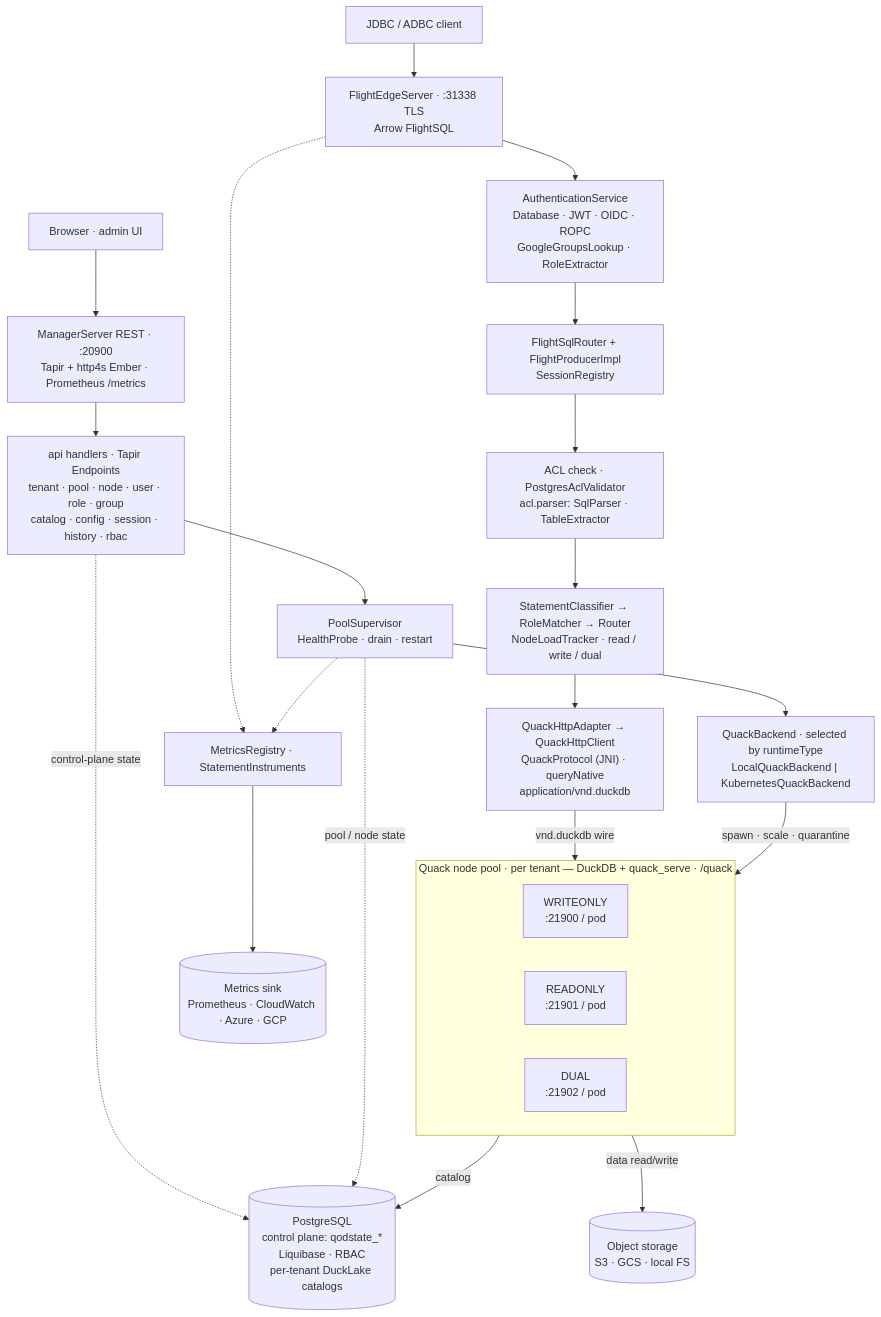
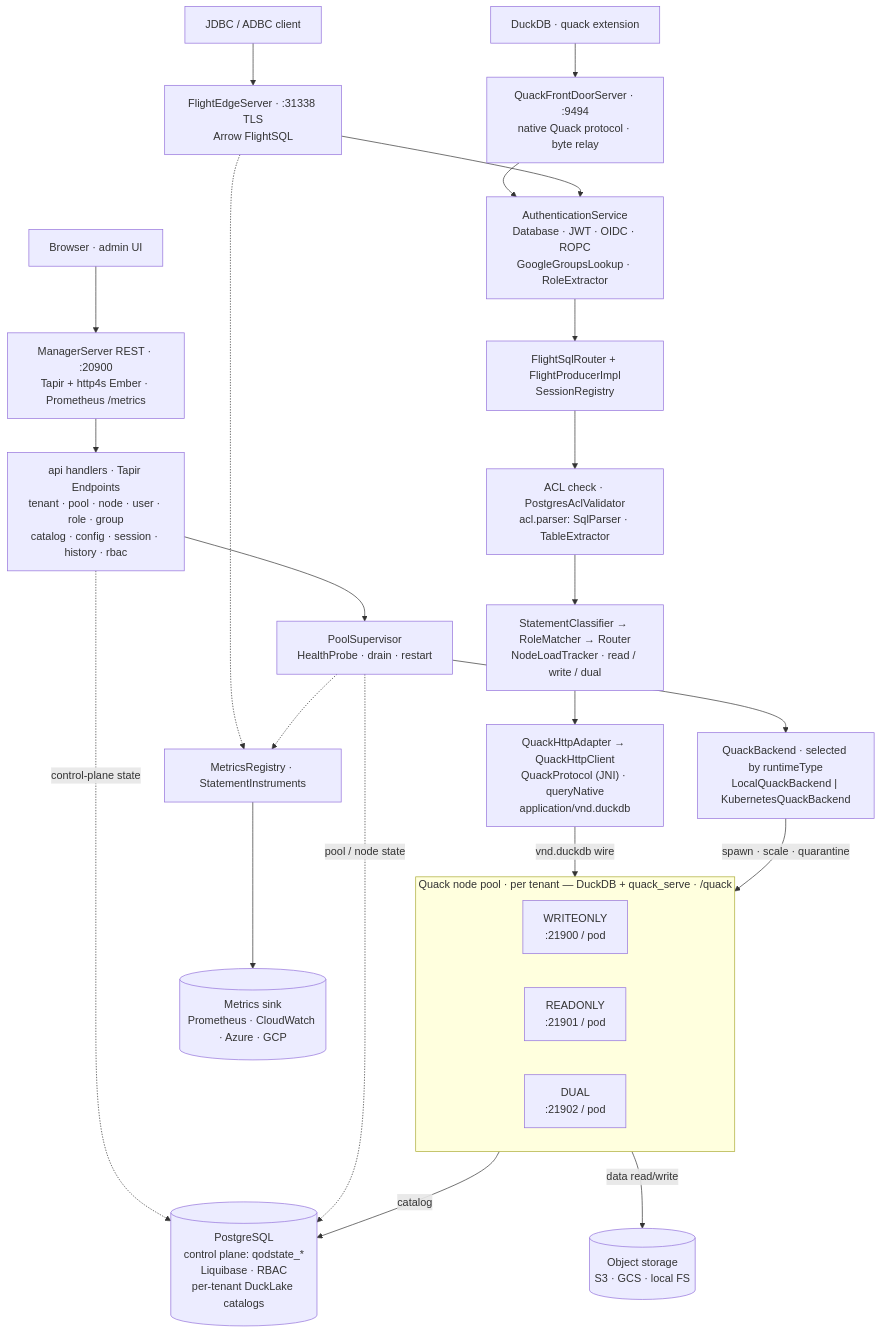
Before and after one commit to starlake-ai/starlake-docs: the diagram in qod/concepts/architecture.md, drawn with Mermaid. The commit also changed other lines of this file and 12 other files, not shown here.

First line of the commit message:
docs(qod): native Quack protocol front door (Epic 5)

````diff
--- a/qod/concepts/architecture.md
+++ b/qod/concepts/architecture.md
@@ -42,54 +42,58 @@
 ```mermaid
 flowchart TD
     C1["JDBC / ADBC client"]
     C2["Browser · admin UI"]
+    C3["DuckDB · quack extension"]
 
     EDGE["FlightEdgeServer · :31338 TLS<br/>Arrow FlightSQL"]
+    QUACK["QuackFrontDoorServer · :9494<br/>native Quack protocol · byte relay"]
     REST["ManagerServer REST · :20900<br/>Tapir + http4s Ember · Prometheus /metrics"]
 
     C1 --> EDGE
+    C3 --> QUACK
     C2 --> REST
+    QUACK --> AUTH
 
     %% --- edge data-plane pipeline (native only) ---
     AUTH["AuthenticationService<br/>Database · JWT · OIDC · ROPC<br/>GoogleGroupsLookup · RoleExtractor"]
     FSR["FlightSqlRouter + FlightProducerImpl<br/>SessionRegistry"]
     ACL["ACL check · PostgresAclValidator<br/>acl.parser: SqlParser · TableExtractor"]
     ROUTE["StatementClassifier → RoleMatcher → Router<br/>NodeLoadTracker · read / write / dual"]
     WIRE["QuackHttpAdapter → QuackHttpClient<br/>QuackProtocol (JNI) · queryNative<br/>application/vnd.duckdb"]
 
     EDGE --> AUTH --> FSR --> ACL --> ROUTE --> WIRE
 
     %% --- manager control plane ---
     API["api handlers · Tapir Endpoints<br/>tenant · pool · node · user · role · group<br/>catalog · config · session · history · rbac"]
     SUP["PoolSupervisor<br/>HealthProbe · drain · restart"]
     BK["QuackBackend · selected by runtimeType<br/>LocalQuackBackend | KubernetesQuackBackend"]
 
     REST --> API --> SUP --> BK
 
     %% --- node pool ---
     subgraph POOL["Quack node pool · per tenant — DuckDB + quack_serve · /quack"]
         direction LR
         WO["WRITEONLY<br/>:21900 / pod"]
         RO["READONLY<br/>:21901 / pod"]
         DU["DUAL<br/>:21902 / pod"]
     end
 
     WIRE -->|"vnd.duckdb wire"| POOL
     BK -->|"spawn · scale · quarantine"| POOL
 
     %% --- persistence ---
     PG[("PostgreSQL<br/>control plane: qodstate_*<br/>Liquibase · RBAC<br/>per-tenant DuckLake catalogs")]
     OBJ[("Object storage<br/>S3 · GCS · local FS")]
 
     API -.->|control-plane state| PG
     SUP -.->|pool / node state| PG
     POOL -->|catalog| PG
     POOL -->|data read/write| OBJ
 
     %% --- observability ---
     MET["MetricsRegistry · StatementInstruments"]
     SINK[("Metrics sink<br/>Prometheus · CloudWatch · Azure · GCP")]
     EDGE -.-> MET
     SUP -.-> MET
     MET --> SINK
 ```
````
